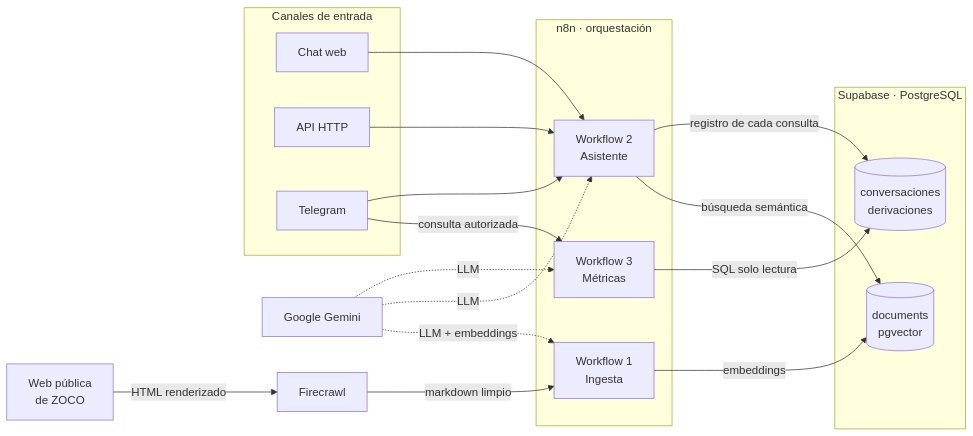
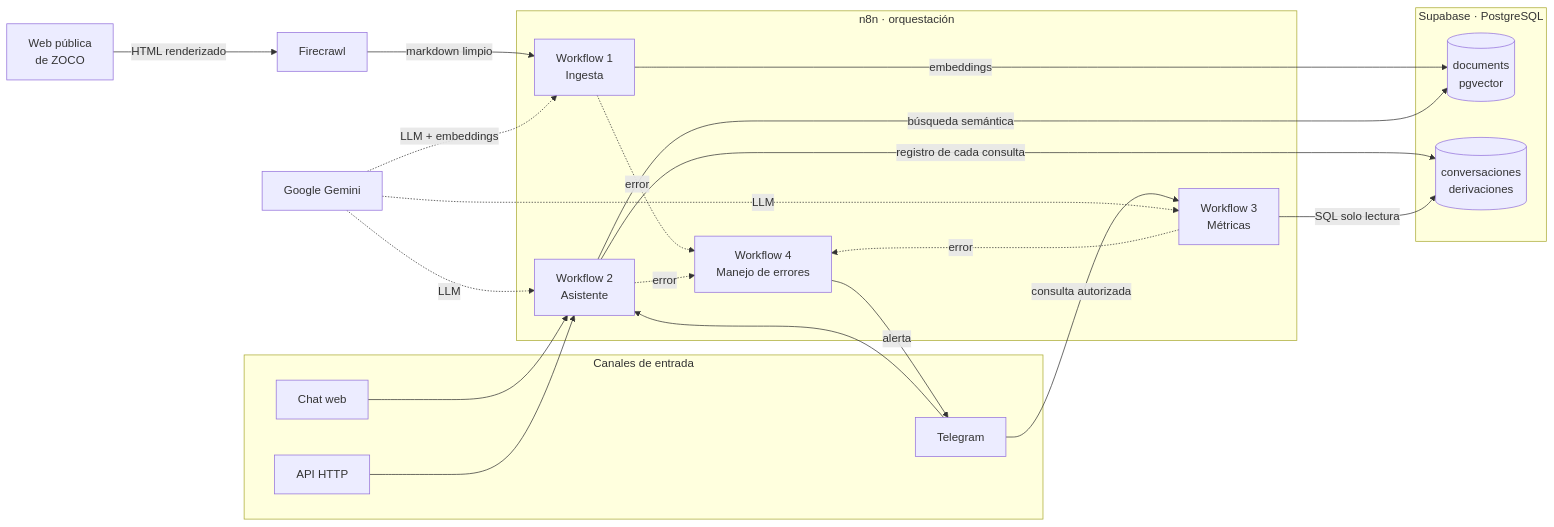
The diagram in README.md (fgarciamatar/Asistente-inteligente-de-ZOCO-Pagos), drawn with Mermaid before and after one commit. The commit also changed other lines of this file, not shown here.

````diff
--- a/README.md
+++ b/README.md
@@ -32,40 +32,46 @@
 ```mermaid
 flowchart LR
     subgraph CANALES["Canales de entrada"]
         CH[Chat web]
         API[API HTTP]
         TG[Telegram]
     end
 
     subgraph N8N["n8n · orquestación"]
         W1["Workflow 1<br/>Ingesta"]
         W2["Workflow 2<br/>Asistente"]
         W3["Workflow 3<br/>Métricas"]
+W4["Workflow 4<br/>Manejo de errores"]
     end
 
     subgraph SUPA["Supabase · PostgreSQL"]
         VEC[("documents<br/>pgvector")]
         LOGS[("conversaciones<br/>derivaciones")]
     end
 
     WEB["Web pública<br/>de ZOCO"]
     FC["Firecrawl"]
     GEM["Google Gemini"]
 
     WEB -->|HTML renderizado| FC
     FC -->|markdown limpio| W1
     W1 -->|embeddings| VEC
 
     CH --> W2
     API --> W2
     TG --> |consulta autorizada| W3
     TG --> W2
 
     W2 -->|búsqueda semántica| VEC
     W2 -->|registro de cada consulta| LOGS
     W3 -->|SQL solo lectura| LOGS
 
+W1 -.error.-> W4
+    W2 -.error.-> W4
+    W3 -.error.-> W4
+    W4 -->|alerta| TG
+
     GEM -.->|LLM + embeddings| W1
     GEM -.->|LLM| W2
     GEM -.->|LLM| W3
 ```
````
